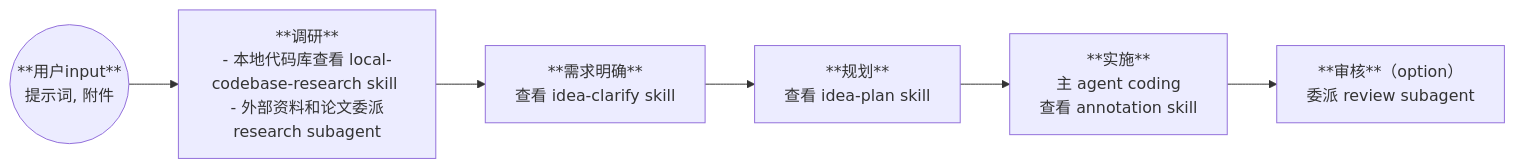
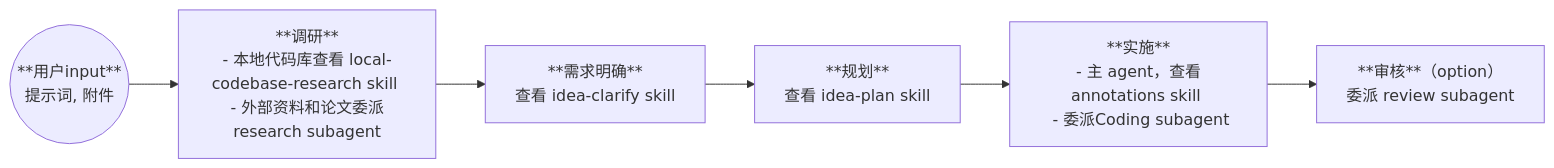
Before and after one commit to riemac/vibe: the diagram in workflows/idea-assistant.md, drawn with Mermaid. The commit also changed other lines of this file and 7 other files, not shown here.

Commit message:
feat: 新增 Coding 和 General subagent，优化科研工作流程 fix: 更新注释规范，增加科研约定内容 refactor: 精简本地代码库调研技能描述，优化使用说明

````diff
--- a/workflows/idea-assistant.md
+++ b/workflows/idea-assistant.md
@@ -9,8 +9,8 @@
 ```mermaid
 graph LR
     A((**用户input**<br>提示词, 附件)) --> B[**调研**<br>- 本地代码库查看 local-codebase-research skill <br> - 外部资料和论文委派 research subagent]
     B --> C[**需求明确**<br>查看 idea-clarify skill]
     C --> D[**规划**<br>查看 idea-plan skill]
-    D --> E[**实施**<br>主 agent coding <br>查看 annotation skill]
+    D --> E[**实施**<br> - 主 agent，查看 annotations skill <br> - 委派Coding subagent]
     E --> F[**审核**（option）<br>委派 review subagent]
 ```
````
